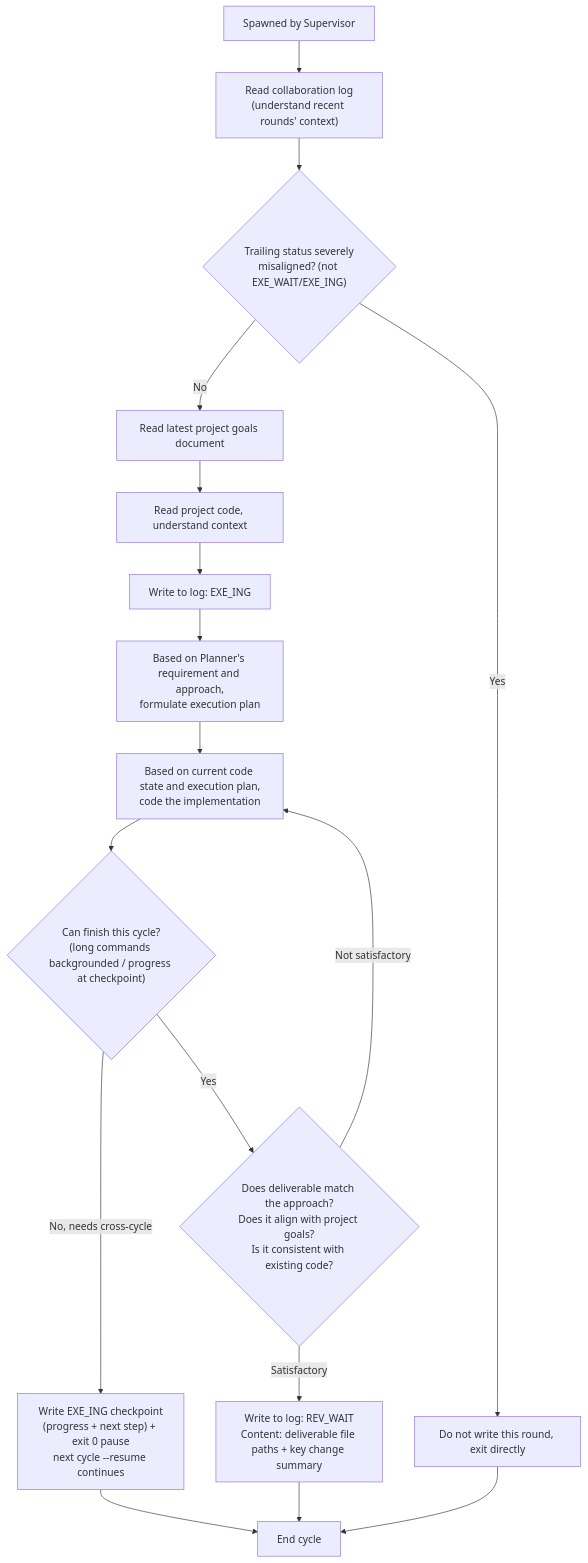
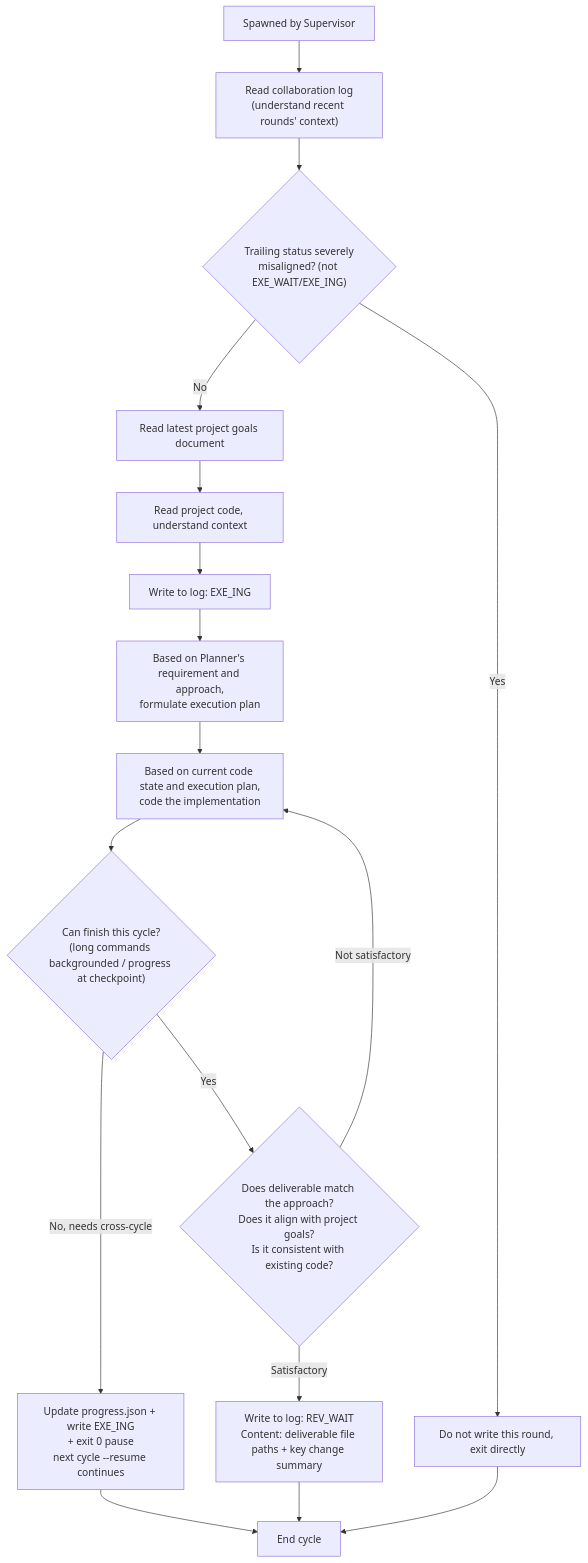
The diagram in skills/pre-engineering/references/en/executor-guide-template.md (zhangzhanluo/pre-engineering), drawn with Mermaid before and after one commit. The commit also changed other lines of this file and 11 other files, not shown here.

````diff
--- a/skills/pre-engineering/references/en/executor-guide-template.md
+++ b/skills/pre-engineering/references/en/executor-guide-template.md
@@ -31,19 +31,19 @@
 ```mermaid
 flowchart TD
     Start["Spawned by Supervisor"] --> ReadLog["Read collaboration log<br/>(understand recent rounds' context)"]
     ReadLog --> Check{"Trailing status severely<br/>misaligned? (not EXE_WAIT/EXE_ING)"}
     Check -->|Yes| Exit["Do not write this round, exit directly"]
     Check -->|No| ReadGoal["Read latest project goals document"]
     ReadGoal --> ReadCode["Read project code, understand context"]
     ReadCode --> Begin["Write to log: EXE_ING"]
     Begin --> PlanExec["Based on Planner's requirement and approach,<br/>formulate execution plan"]
     PlanExec --> Implement["Based on current code state and execution plan,<br/>code the implementation"]
     Implement --> CanDone{"Can finish this cycle?<br/>(long commands backgrounded / progress at checkpoint)"}
-    CanDone -->|No, needs cross-cycle| Checkpoint["Write EXE_ING checkpoint<br/>(progress + next step) + exit 0 pause<br/>next cycle --resume continues"]
+    CanDone -->|No, needs cross-cycle| Checkpoint["Update progress.json + write EXE_ING<br/>+ exit 0 pause<br/>next cycle --resume continues"]
     CanDone -->|Yes| SelfCheck{"Does deliverable match the approach?<br/>Does it align with project goals?<br/>Is it consistent with existing code?"}
     SelfCheck -->|Not satisfactory| Implement
     SelfCheck -->|Satisfactory| Write["Write to log: REV_WAIT<br/>Content: deliverable file paths + key change summary"]
     Checkpoint --> End["End cycle"]
     Write --> End
     Exit --> End
 ```
````
